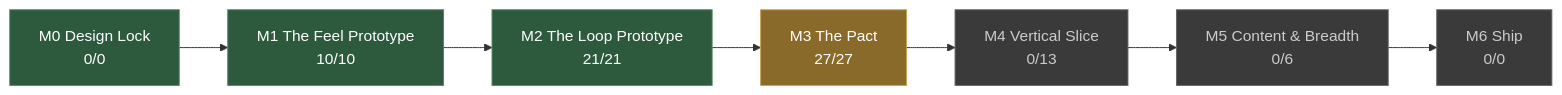
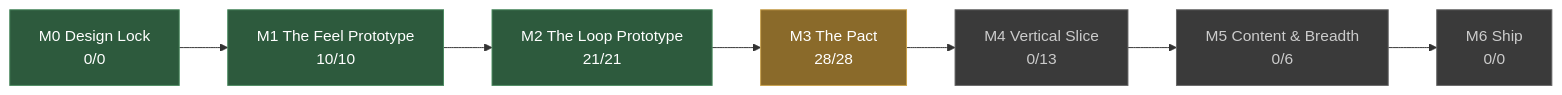
The diagram in docs/STATUS.md (JoshuaGessner/she), drawn with Mermaid before and after one commit. The commit also changed other lines of this file and 7 other files, not shown here.

````diff
--- a/docs/STATUS.md
+++ b/docs/STATUS.md
@@ -13,19 +13,19 @@
 ```mermaid
 flowchart LR
   M0["M0 Design Lock<br/>0/0"]:::passed
   M1["M1 The Feel Prototype<br/>10/10"]:::passed
   M0 --> M1
   M2["M2 The Loop Prototype<br/>21/21"]:::passed
   M1 --> M2
-  M3["M3 The Pact<br/>27/27"]:::current
+  M3["M3 The Pact<br/>28/28"]:::current
   M2 --> M3
   M4["M4 Vertical Slice<br/>0/13"]:::ahead
   M3 --> M4
   M5["M5 Content & Breadth<br/>0/6"]:::ahead
   M4 --> M5
   M6["M6 Ship<br/>0/0"]:::ahead
   M5 --> M6
   classDef passed fill:#2d5a3d,stroke:#4a8a5f,color:#fff
   classDef current fill:#8a6a2a,stroke:#c8a04a,color:#fff
   classDef ahead fill:#3a3a3a,stroke:#666,color:#ccc
 ```
````
